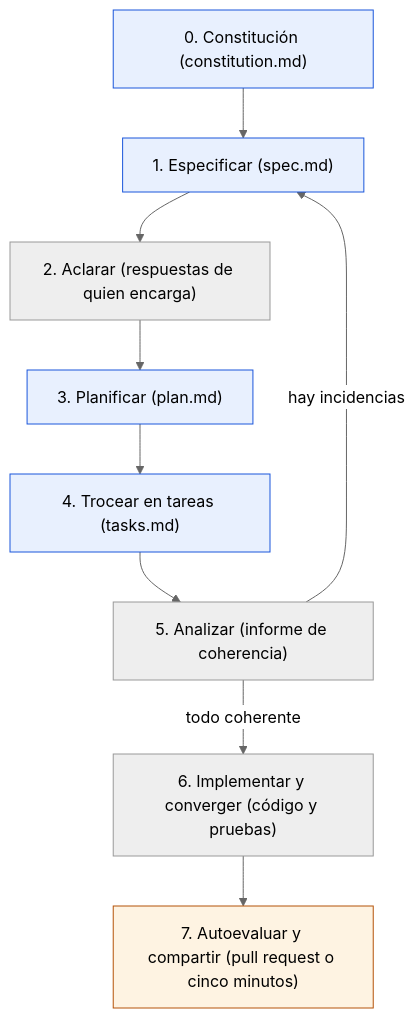
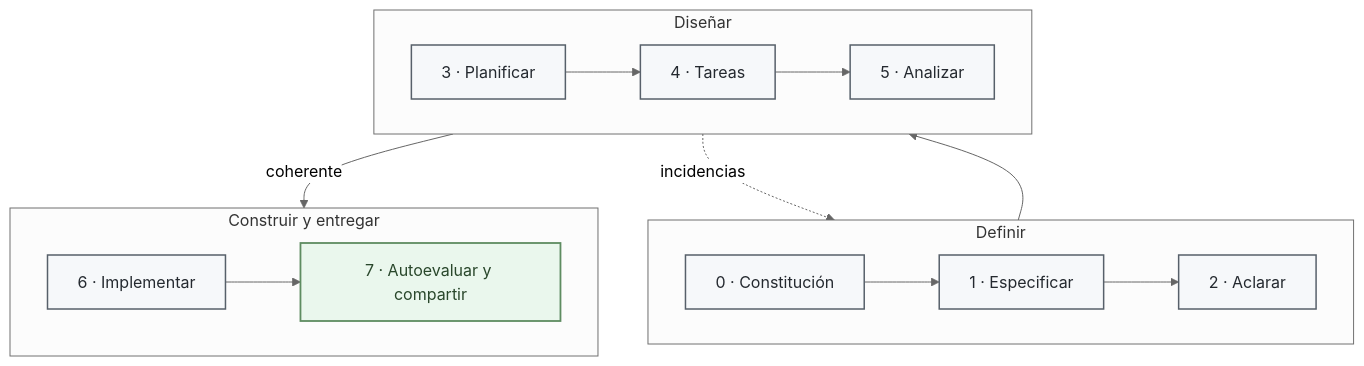
One commit to antroc/charla-sdd changed the diagram in ejercicios/06-reto-final-tu-propio-proyecto.md. Above: the diagram before and after it, drawn with Mermaid (neutral theme). The commit also changed 3 other files, not shown here.

Commit message:
Simplificar diagramas de los ejercicios avanzados

````diff
--- a/ejercicios/06-reto-final-tu-propio-proyecto.md
+++ b/ejercicios/06-reto-final-tu-propio-proyecto.md
@@ -67,15 +67,26 @@
 ```mermaid
-flowchart TD
-    c["0. Constitución (constitution.md)"] --> e["1. Especificar (spec.md)"]
-    e --> a["2. Aclarar (respuestas de quien encarga)"]
-    a --> p["3. Planificar (plan.md)"]
-    p --> t["4. Trocear en tareas (tasks.md)"]
-    t --> z["5. Analizar (informe de coherencia)"]
-    z -->|"hay incidencias"| e
-    z -->|"todo coherente"| i["6. Implementar y converger (código y pruebas)"]
-    i --> s["7. Autoevaluar y compartir (pull request o cinco minutos)"]
-    classDef artefacto fill:#E8F0FE,stroke:#1A56DB;
-    classDef entrega fill:#FEF3E2,stroke:#B45309;
-    class c,e,p,t artefacto;
-    class s entrega;
+flowchart TB
+  subgraph definir["Definir"]
+    direction LR
+    c["0 · Constitución"] --> e["1 · Especificar"] --> a["2 · Aclarar"]
+  end
+
+  subgraph disenar["Diseñar"]
+    direction LR
+    p["3 · Planificar"] --> t["4 · Tareas"] --> z["5 · Analizar"]
+  end
+
+  subgraph entregar["Construir y entregar"]
+    direction LR
+    i["6 · Implementar"] --> s["7 · Autoevaluar y compartir"]
+  end
+
+  a --> p
+  z -->|"coherente"| i
+  z -.->|"incidencias"| e
+
+  classDef step fill:#F6F8FA,stroke:#57606A,stroke-width:1.5px,color:#24292F;
+  classDef finish fill:#EAF7ED,stroke:#5E8C61,stroke-width:1.8px,color:#29472B;
+  class c,e,a,p,t,z,i step;
+  class s finish;
 ```
````
